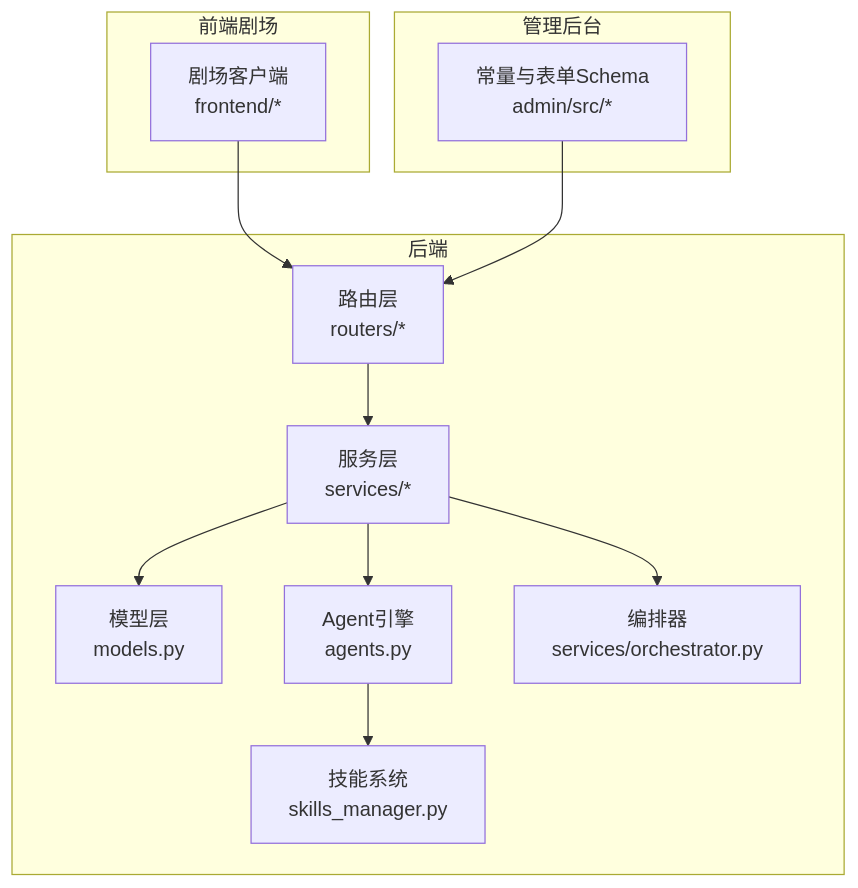
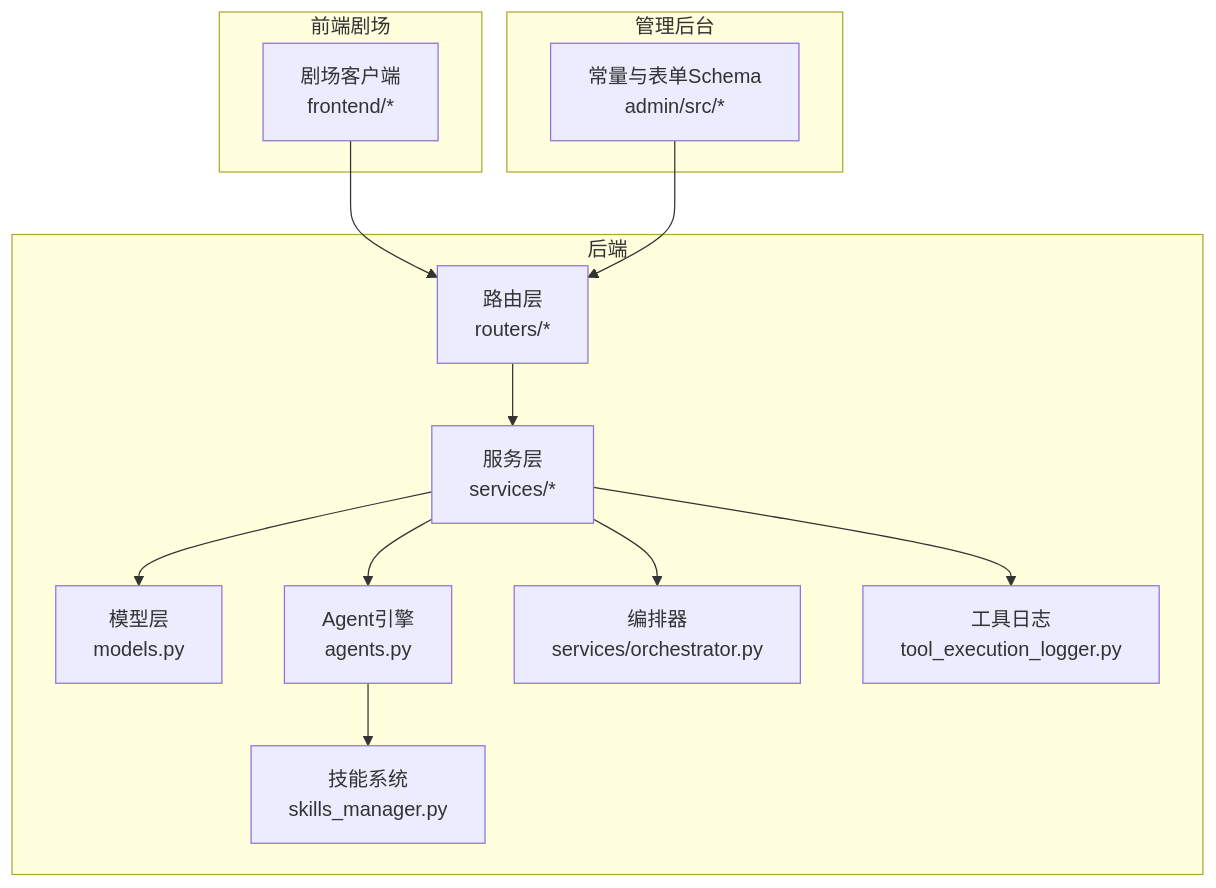
One commit to KunLabAI/KunFlix changed the first of 7 diagrams in .qoder/repowiki/zh/content/开发者指南/智能代理配置.md. Above: the diagram before and after it, drawn with Mermaid. The commit also changed other lines of this file and 78 other files, not shown here.

````diff
--- a/.qoder/repowiki/zh/content/开发者指南/智能代理配置.md
+++ b/.qoder/repowiki/zh/content/开发者指南/智能代理配置.md
@@ -36,24 +50,26 @@
 ```mermaid
 graph TB
 subgraph "后端"
 R["路由层<br/>routers/*"]
 S["服务层<br/>services/*"]
 M["模型层<br/>models.py"]
 K["技能系统<br/>skills_manager.py"]
 A["Agent引擎<br/>agents.py"]
 O["编排器<br/>services/orchestrator.py"]
+TL["工具日志<br/>tool_execution_logger.py"]
 end
 subgraph "管理后台"
 C["常量与表单Schema<br/>admin/src/*"]
 end
 subgraph "前端剧场"
 F["剧场客户端<br/>frontend/*"]
 end
 F --> R
 C --> R
 R --> S
 S --> A
 S --> O
+S --> TL
 S --> M
 A --> K
 ```
````
